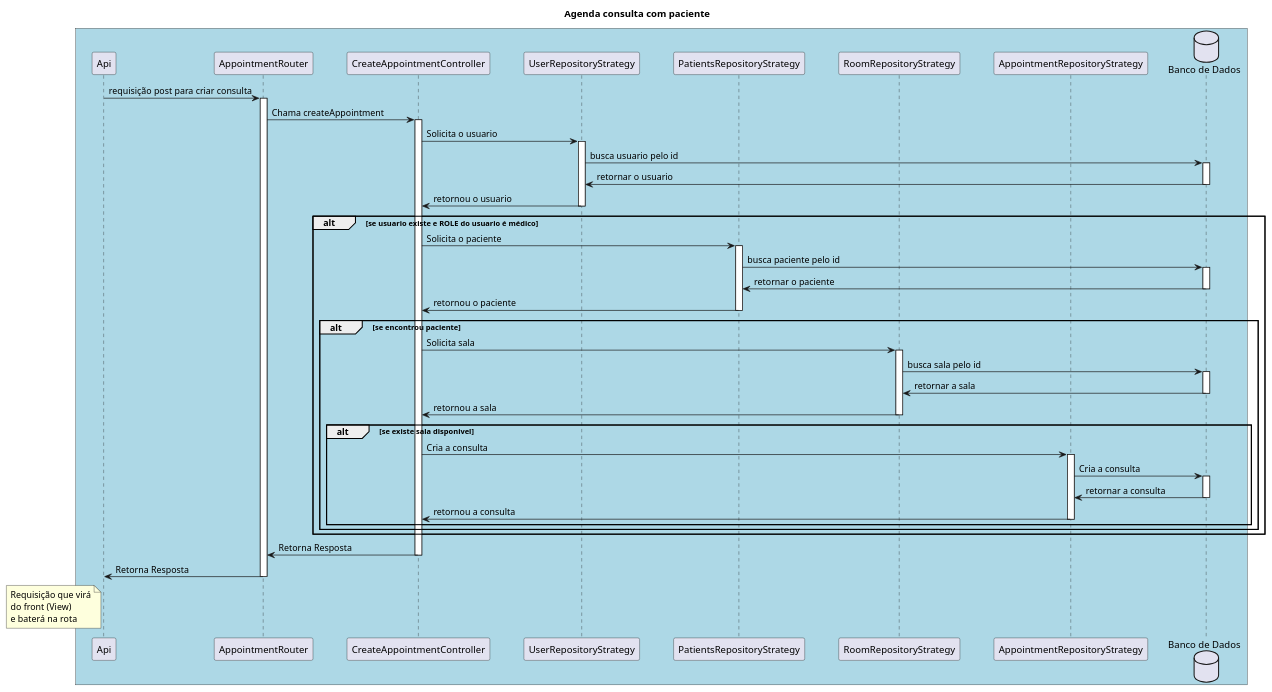
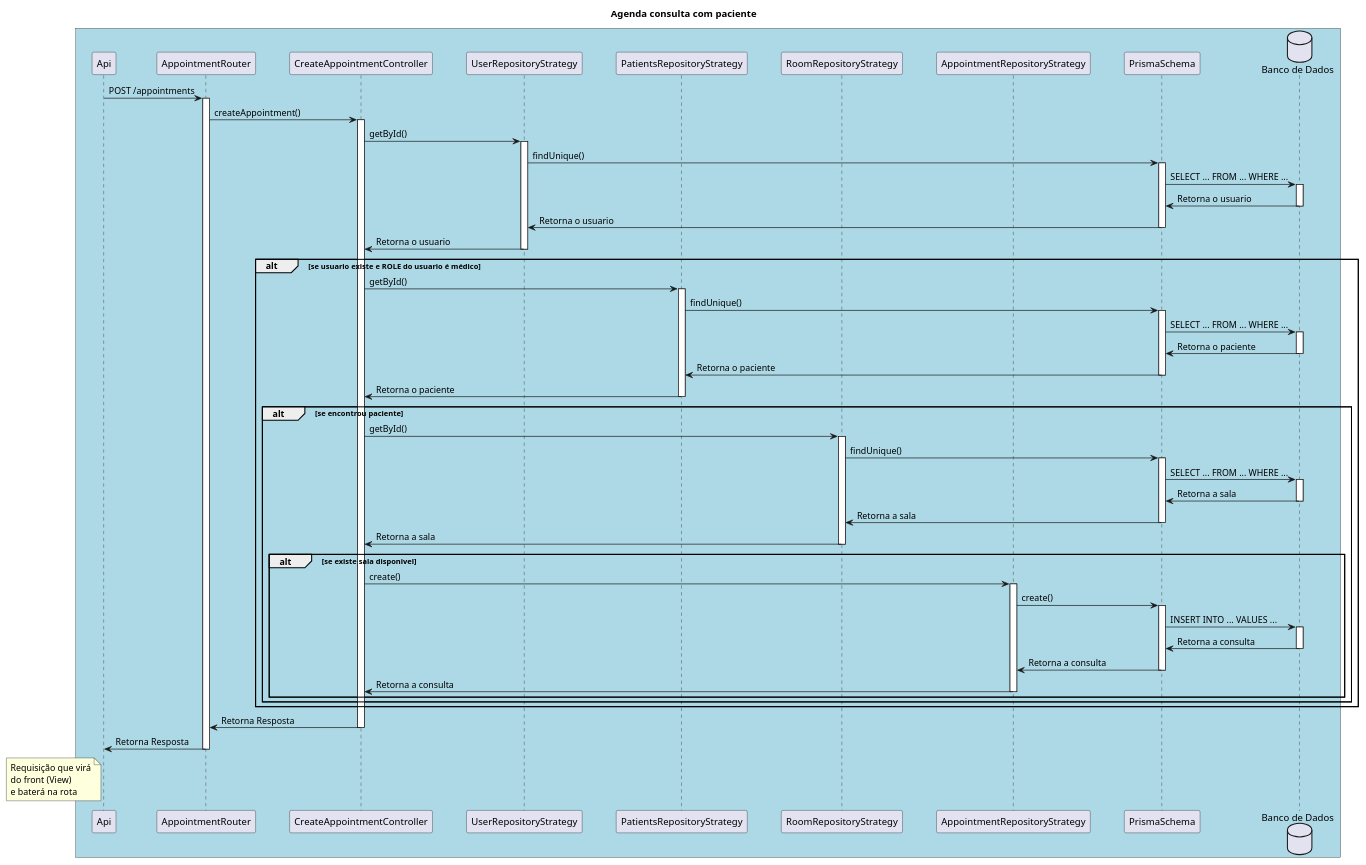
Before and after one commit to vaniacourses/projeto-software-robson-caetano: the diagram in docs/sequencia/agenda-consulta.puml, drawn with PlantUML.

Commit message:
docs: atualiza diagrama de sequencia da agenda de consulta

```diff
--- a/docs/sequencia/agenda-consulta.puml
+++ b/docs/sequencia/agenda-consulta.puml
@@ -1,79 +1,96 @@
 @startuml
 skinparam participantPadding 20
 skinparam boxPadding 10
 
 title "Agenda consulta com paciente"
 
 box #LightBlue
 participant "Api" as A
 participant "AppointmentRouter" as R
 participant "CreateAppointmentController" as C
 participant "UserRepositoryStrategy" as URP
 participant "PatientsRepositoryStrategy" as PRP
 participant "RoomRepositoryStrategy" as RRP
 participant "AppointmentRepositoryStrategy" as ARP
+participant "PrismaSchema" as PS
 database "Banco de Dados" as DB
 
-A -> R: requisição post para criar consulta
+A -> R: POST /appointments
 activate R
-R -> C: Chama createAppointment
+R -> C: createAppointment()
 activate C
 
-C -> URP: Solicita o usuario
+C -> URP: getById()
 activate URP
-URP -> DB: busca usuario pelo id
+URP -> PS: findUnique()
+activate PS
+PS -> DB: SELECT ... FROM ... WHERE ...
 activate DB
-DB -> URP: retornar o usuario
+DB -> PS: Retorna o usuario
 deactivate DB
-URP -> C: retornou o usuario
+PS -> URP: Retorna o usuario
+deactivate PS
+URP -> C: Retorna o usuario
 deactivate URP
 
 alt se usuario existe e ROLE do usuario é médico
-    C -> PRP: Solicita o paciente
+    C -> PRP: getById()
     activate PRP
-    PRP -> DB: busca paciente pelo id
+    PRP -> PS: findUnique()
+    activate PS
+    PS -> DB: SELECT ... FROM ... WHERE ...
     activate DB
-    DB -> PRP: retornar o paciente
+    DB -> PS: Retorna o paciente
     deactivate DB
-    PRP -> C: retornou o paciente
+    PS -> PRP: Retorna o paciente
+    deactivate PS
+    PRP -> C: Retorna o paciente
     deactivate PRP
 
     alt se encontrou paciente
-        C -> RRP: Solicita sala
+        C -> RRP: getById()
         activate RRP
-        RRP -> DB: busca sala pelo id
+        RRP -> PS: findUnique()
+        activate PS
+        PS -> DB: SELECT ... FROM ... WHERE ...
         activate DB
-        DB -> RRP: retornar a sala
+        DB -> PS: Retorna a sala
         deactivate DB
-        RRP -> C: retornou a sala
+        PS -> RRP: Retorna a sala
+        deactivate PS
+        RRP -> C: Retorna a sala
         deactivate RRP
 
         alt se existe sala disponivel
-            C -> ARP: Cria a consulta
+            C -> ARP: create()
             activate ARP
-            ARP -> DB: Cria a consulta
+            ARP -> PS: create()
+            activate PS
+            PS -> DB: INSERT INTO ... VALUES ...
             activate DB
-            DB -> ARP: retornar a consulta
+            DB -> PS: Retorna a consulta
             deactivate DB
-            ARP -> C: retornou a consulta
+            PS -> ARP: Retorna a consulta
+            deactivate PS
+            ARP -> C: Retorna a consulta
             deactivate ARP
         end
     end
 end
 
 
 'Retorna resposta'
 C -> R: Retorna Resposta
 deactivate C
 R -> A: Retorna Resposta
 deactivate R
 
 note left of A
     Requisição que virá
     do front (View)
     e baterá na rota
     '/appointments'.
 end note
 
 
 @enduml
```
